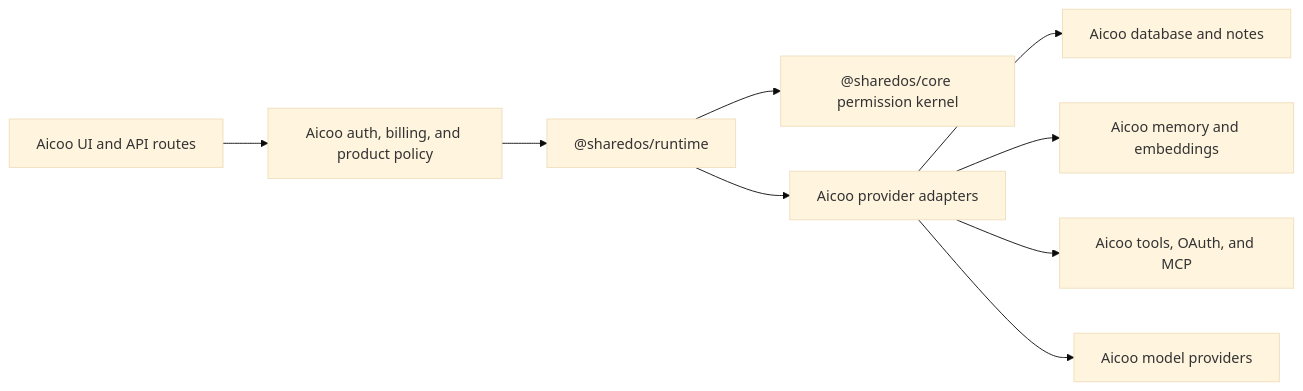
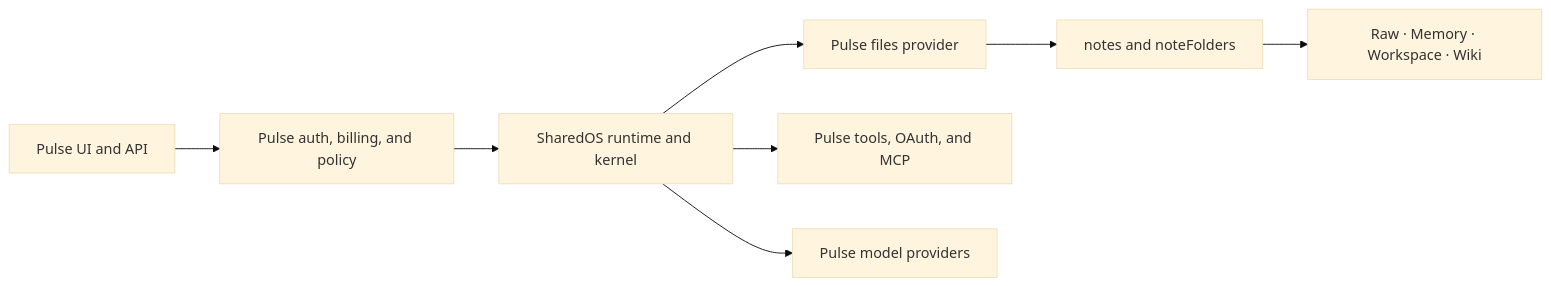
One commit to Aicoo-Team/SharedOS changed the diagram in docs/integrations/aicoo.md. Above: the diagram before and after it, drawn with Mermaid (base theme). The commit also changed other lines of this file and 54 other files, not shown here.

Commit message:
feat(sharedos): ship files-first alpha runtime

````diff
--- a/docs/integrations/aicoo.md
+++ b/docs/integrations/aicoo.md
@@ -9,11 +9,10 @@
 ```mermaid
 flowchart LR
-  UI["Aicoo UI and API routes"] --> AH["Aicoo auth, billing, and product policy"]
-  AH --> RT["@sharedos/runtime"]
-  RT --> PK["@sharedos/core permission kernel"]
-  RT --> AP["Aicoo provider adapters"]
-  AP --> DB["Aicoo database and notes"]
-  AP --> MEM["Aicoo memory and embeddings"]
-  AP --> MCP["Aicoo tools, OAuth, and MCP"]
-  AP --> MODEL["Aicoo model providers"]
+  UI["Pulse UI and API"] --> HOST["Pulse auth, billing, and policy"]
+  HOST --> RT["SharedOS runtime and kernel"]
+  RT --> FP["Pulse files provider"]
+  FP --> NOTES["notes and noteFolders"]
+  NOTES --> ROOTS["Raw · Memory · Workspace · Wiki"]
+  RT --> TOOLS["Pulse tools, OAuth, and MCP"]
+  RT --> MODEL["Pulse model providers"]
 ```
````
